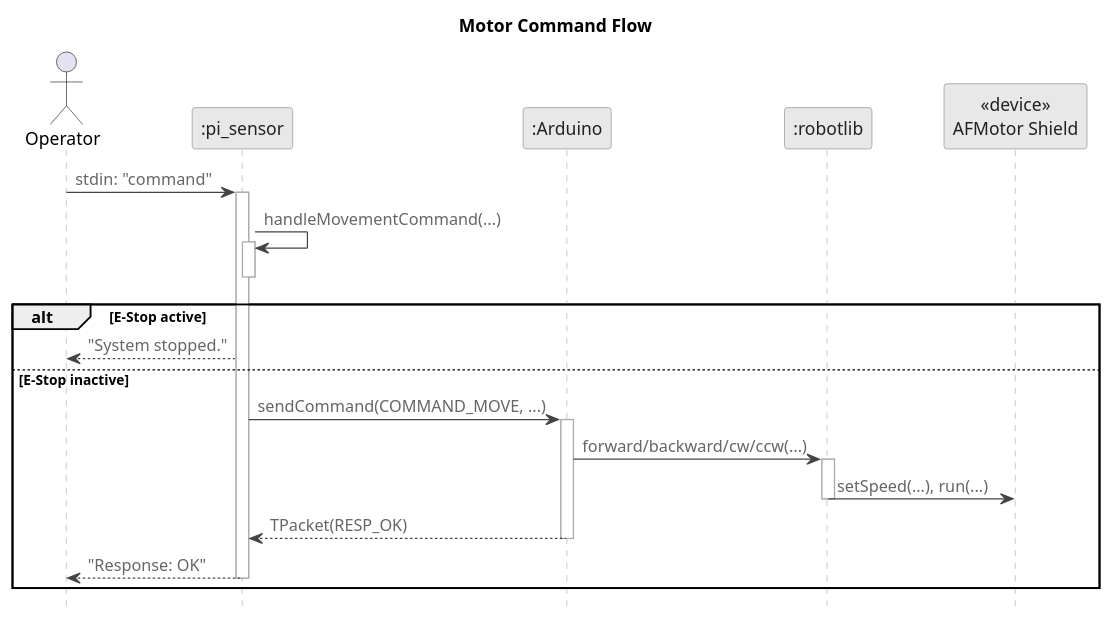
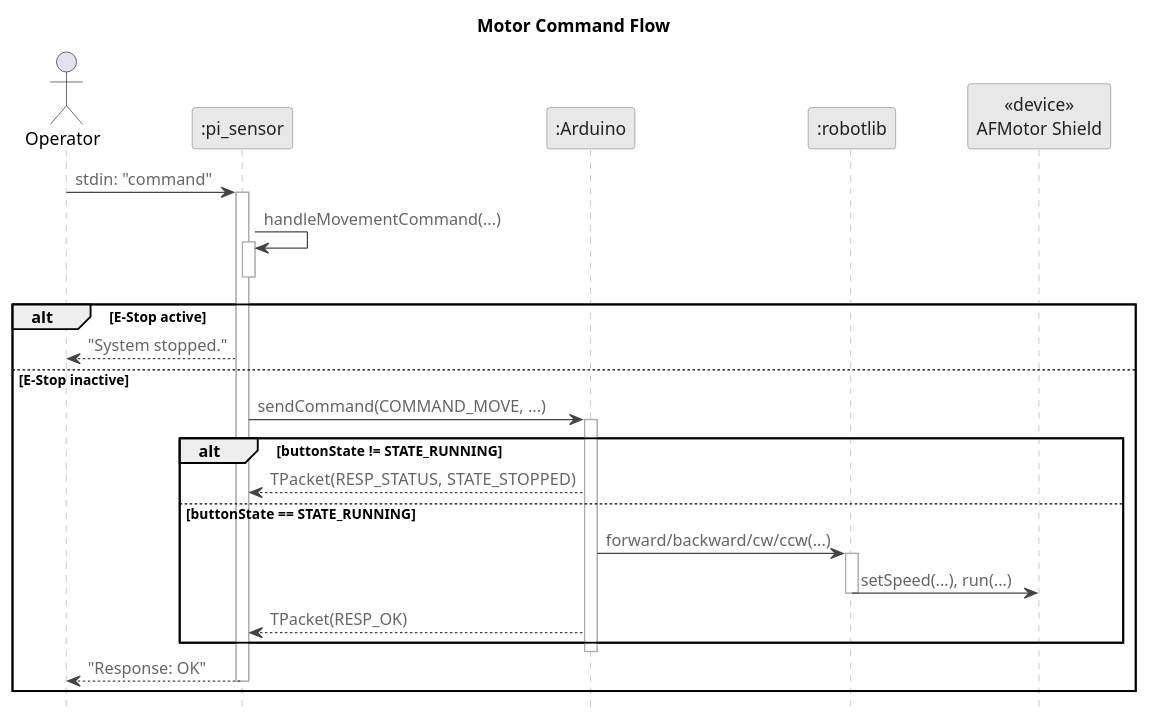
The diagram in code1/diagrams/motor.puml (vanillashake17/epp2-updated), drawn with PlantUML before and after one commit. The commit also changed 1 other file, not shown here.

Commit message:
fix(diagrams): add Arduino-side E-Stop gate to motor flow

```diff
--- a/code1/diagrams/motor.puml
+++ b/code1/diagrams/motor.puml
@@ -1,51 +1,55 @@
 @startuml seq_motor
 skinparam backgroundColor white
 skinparam defaultFontName "Helvetica"
 skinparam sequenceArrowColor #444444
 skinparam sequenceArrowFontColor #666666
 skinparam sequenceLifeLineBorderColor #aaaaaa
 skinparam sequenceLifeLineBackgroundColor white
 skinparam participantBackgroundColor #e8e8e8
 skinparam participantBorderColor #888888
 skinparam participantFontColor #222222
 skinparam activationBarBackgroundColor #d0d0d0
 skinparam activationBarBorderColor #888888
 skinparam noteBackgroundColor #f0f0f0
 skinparam noteBorderColor #aaaaaa
 skinparam noteFontColor #333333
 hide footbox
 
 title Motor Command Flow
 
 actor "Operator" as op
 participant ":pi_sensor" as pi
 participant ":Arduino" as ard
 participant ":robotlib" as rl
 participant "<<device>>\nAFMotor Shield" as motors
 
 op -> pi : stdin: "command"
 activate pi
 
 pi -> pi : handleMovementCommand(...)
 activate pi
 deactivate pi
 
 alt E-Stop active
   pi --> op : "System stopped."
 else E-Stop inactive
   pi -> ard : sendCommand(COMMAND_MOVE, ...)
   activate ard
 
-  ard -> rl : forward/backward/cw/ccw(...)
-  activate rl
-  rl -> motors : setSpeed(...), run(...)
-  deactivate rl
+  alt buttonState != STATE_RUNNING
+    ard --> pi : TPacket(RESP_STATUS, STATE_STOPPED)
+  else buttonState == STATE_RUNNING
+    ard -> rl : forward/backward/cw/ccw(...)
+    activate rl
+    rl -> motors : setSpeed(...), run(...)
+    deactivate rl
 
-  ard --> pi : TPacket(RESP_OK)
+    ard --> pi : TPacket(RESP_OK)
+  end
   deactivate ard
 
   pi --> op : "Response: OK"
   deactivate pi
 end
 
 @enduml
```
